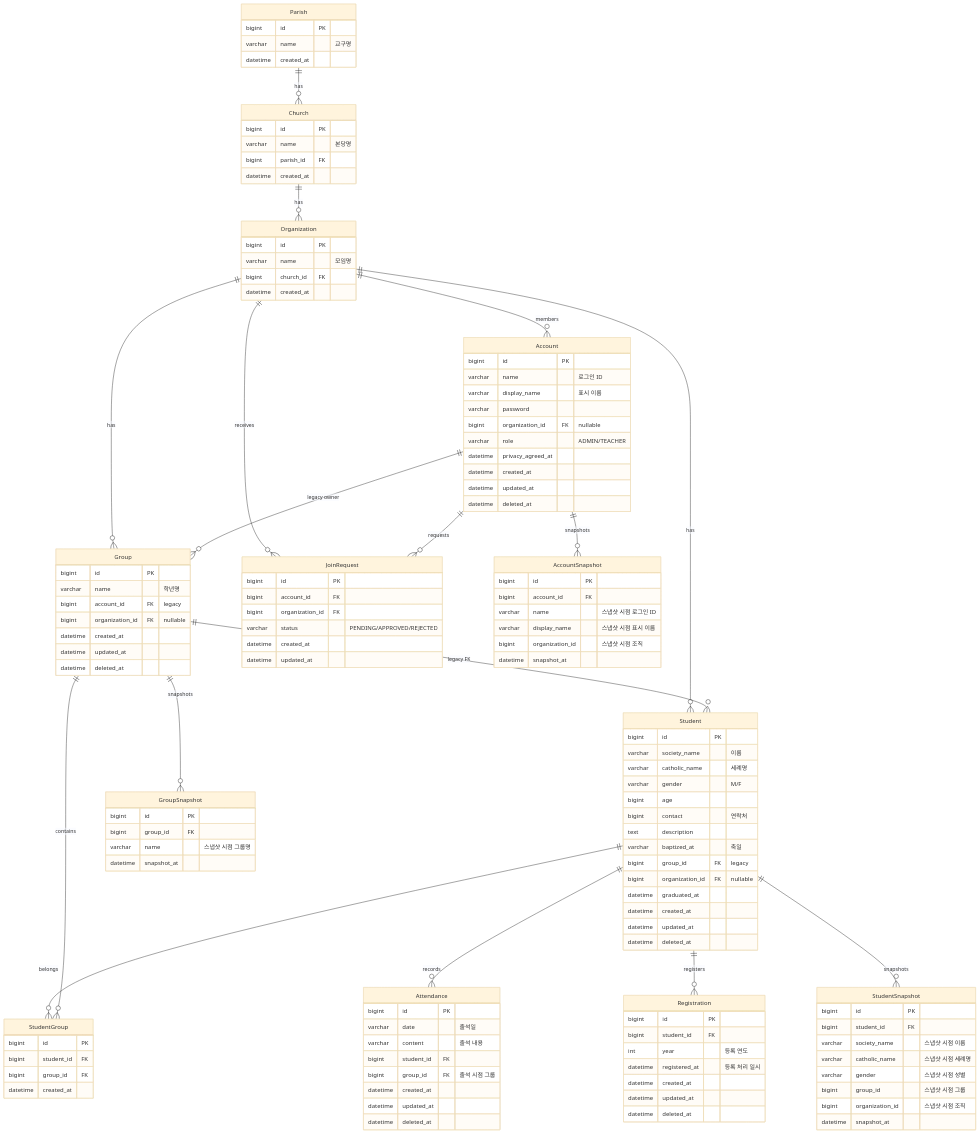
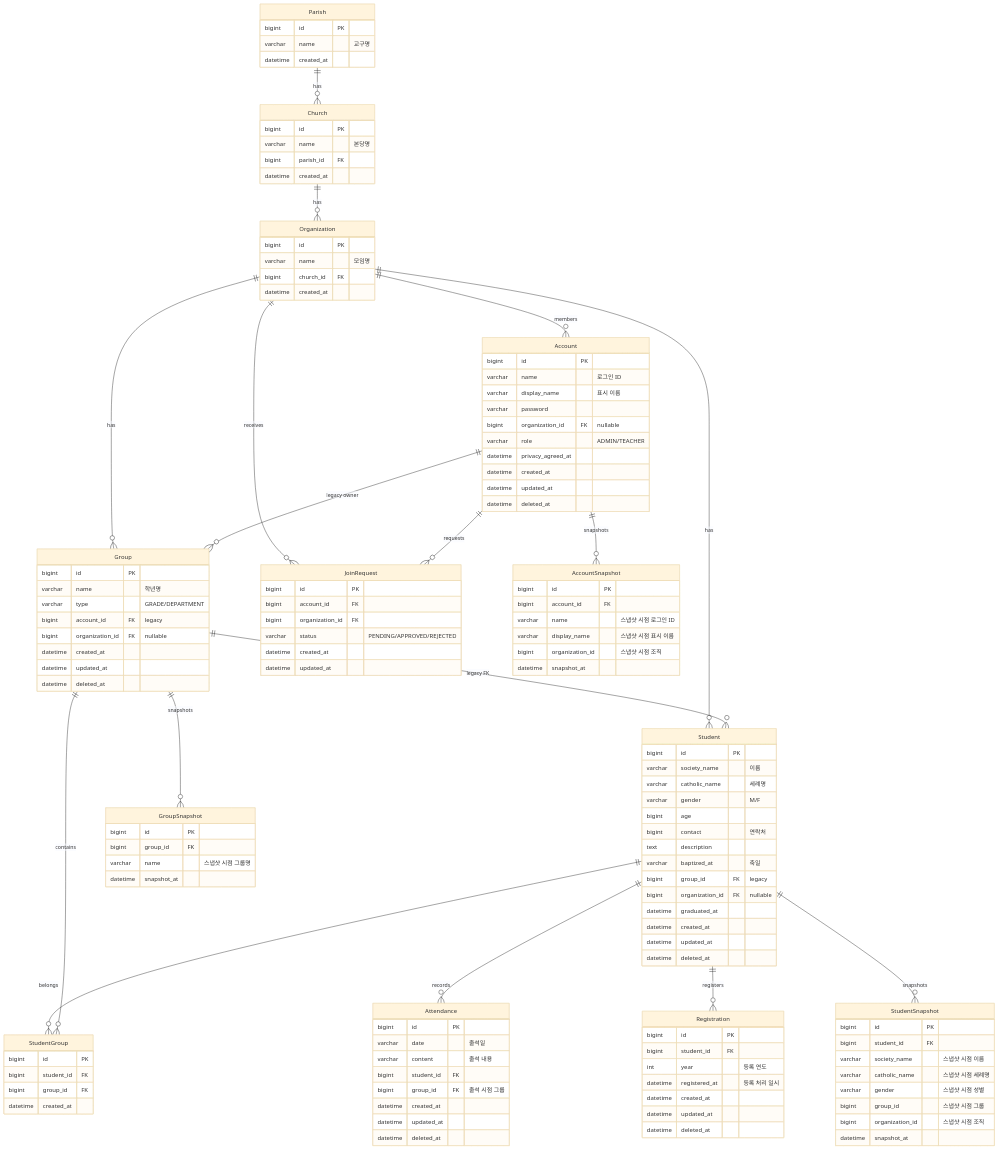
The second of 2 diagrams in README.md (dc-choi/school-manage), drawn with Mermaid (base theme) before and after one commit. The commit also changed other lines of this file and 74 other files, not shown here.

```diff
--- a/README.md
+++ b/README.md
@@ -145,6 +145,7 @@
     Group {
         bigint id PK
         varchar name "학년명"
+        varchar type "GRADE/DEPARTMENT"
         bigint account_id FK "legacy"
         bigint organization_id FK "nullable"
         datetime created_at
```
